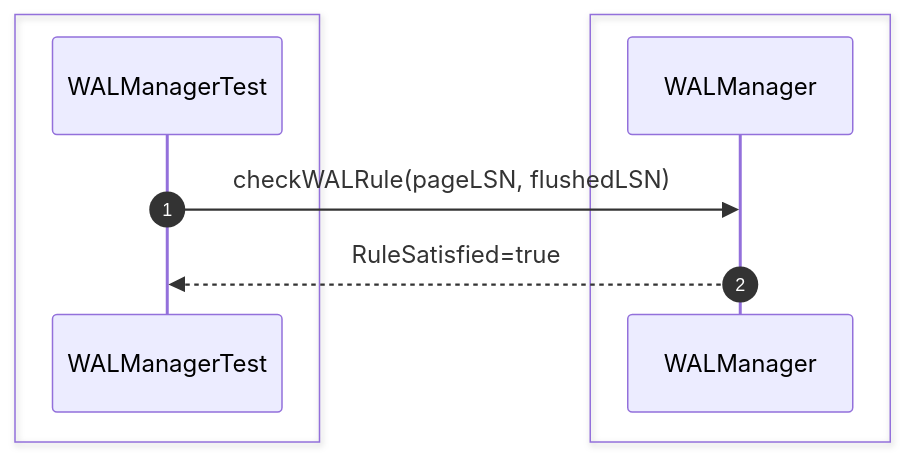
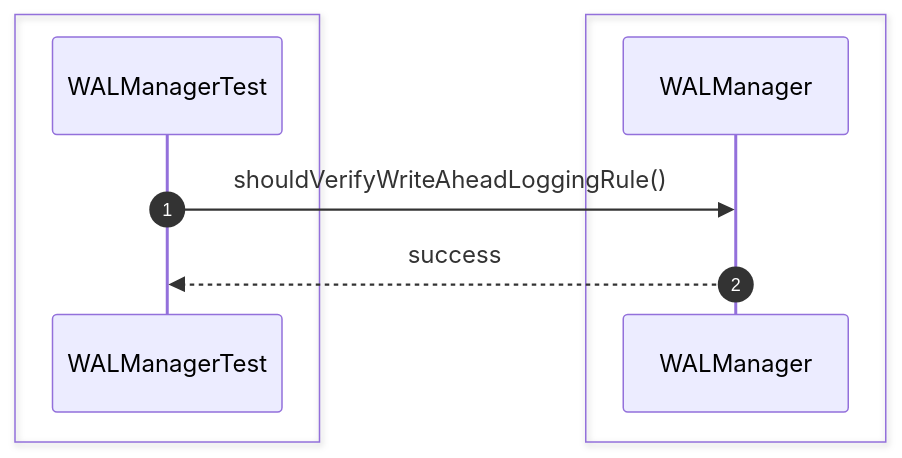
One commit to Huy1801214/dbms-architecture changed the tenth of 28 diagrams in src/sequence/recovery.md. Above: the diagram before and after it, drawn with Mermaid. The commit also changed other lines of this file and 68 other files, not shown here.

Commit message:
implement comprehensive unit test suite and architectural sequence documentation

````diff
--- a/src/sequence/recovery.md
+++ b/src/sequence/recovery.md
@@ -165,14 +141,13 @@
 ```mermaid
 sequenceDiagram
     autonumber
-
     box #e1f5fe Test Suite
     participant Test as WALManagerTest
     end
-    box #ffebee Recovery Components
-    participant WAL as WALManager
+    box #ffebee WALManager Component
+    participant WALM as WALManager
     end
 
-    Test->>WAL: checkWALRule(pageLSN, flushedLSN)
-    WAL-->>Test: RuleSatisfied=true
+    Test->>WALM: shouldVerifyWriteAheadLoggingRule()
+    WALM-->>Test: success
 ```
````
